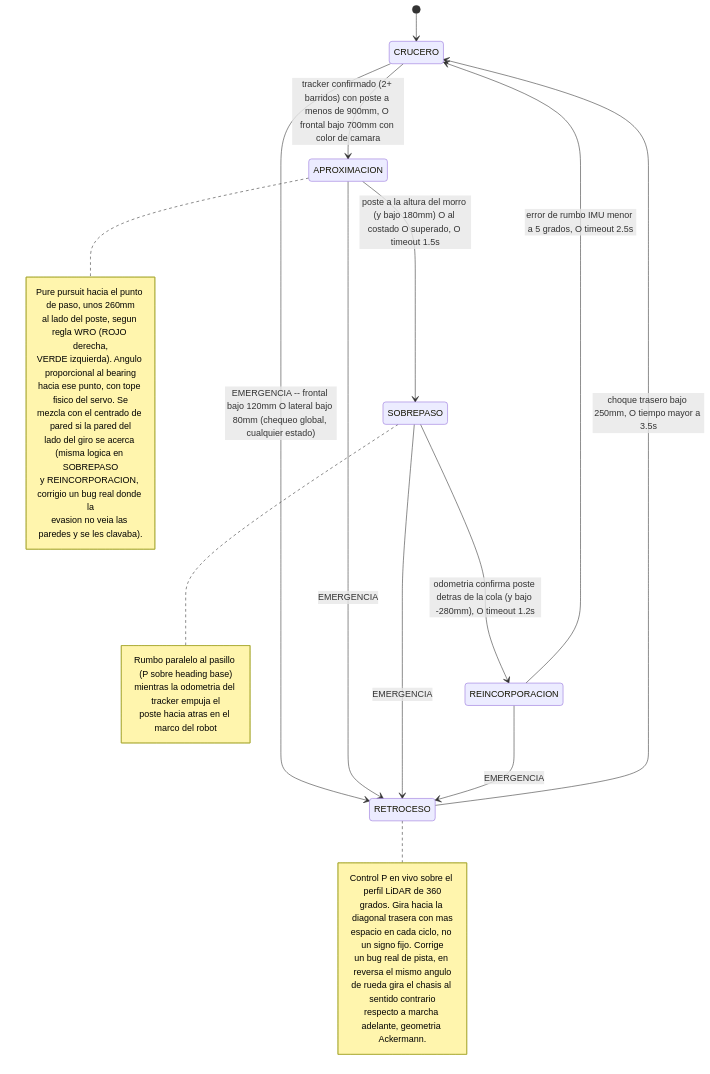
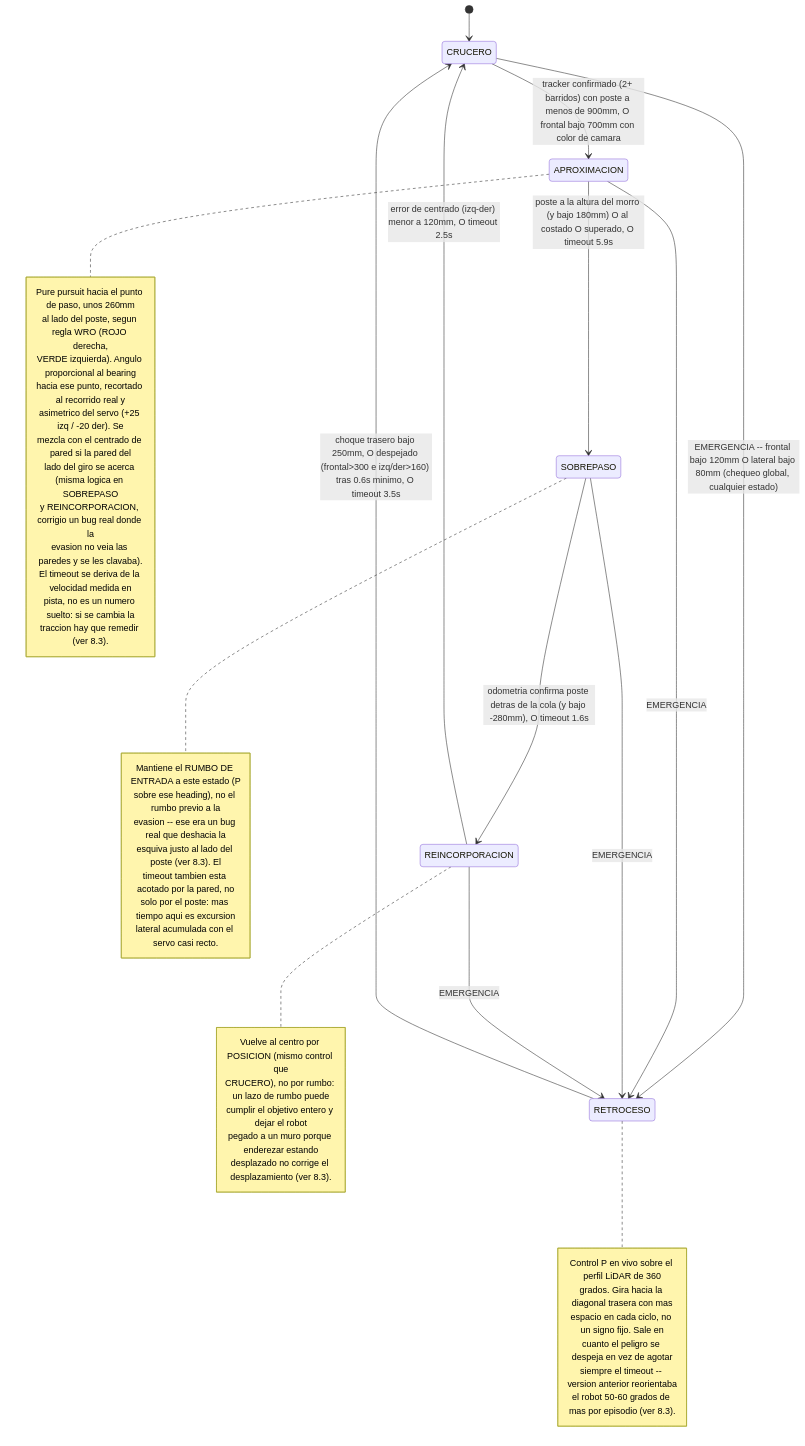
Before and after one commit to Team-Los-Cedros/WRO-FE-26: the third of 4 diagrams in README.md, drawn with Mermaid. The commit also changed other lines of this file, not shown here.

````diff
--- a/README.md
+++ b/README.md
@@ -418,41 +422,57 @@
 ```mermaid
 stateDiagram-v2
     [*] --> CRUCERO
 
     CRUCERO --> APROXIMACION: tracker confirmado (2+ barridos) con poste a menos de 900mm, O frontal bajo 700mm con color de camara
-    APROXIMACION --> SOBREPASO: poste a la altura del morro (y bajo 180mm) O al costado O superado, O timeout 1.5s
-    SOBREPASO --> REINCORPORACION: odometria confirma poste detras de la cola (y bajo -280mm), O timeout 1.2s
-    REINCORPORACION --> CRUCERO: error de rumbo IMU menor a 5 grados, O timeout 2.5s
+    APROXIMACION --> SOBREPASO: poste a la altura del morro (y bajo 180mm) O al costado O superado, O timeout 5.9s
+    SOBREPASO --> REINCORPORACION: odometria confirma poste detras de la cola (y bajo -280mm), O timeout 1.6s
+    REINCORPORACION --> CRUCERO: error de centrado (izq-der) menor a 120mm, O timeout 2.5s
 
     CRUCERO --> RETROCESO: EMERGENCIA -- frontal bajo 120mm O lateral bajo 80mm (chequeo global, cualquier estado)
     APROXIMACION --> RETROCESO: EMERGENCIA
     SOBREPASO --> RETROCESO: EMERGENCIA
     REINCORPORACION --> RETROCESO: EMERGENCIA
-    RETROCESO --> CRUCERO: choque trasero bajo 250mm, O tiempo mayor a 3.5s
+    RETROCESO --> CRUCERO: choque trasero bajo 250mm, O despejado (frontal>300 e izq/der>160) tras 0.6s minimo, O timeout 3.5s
 
     note right of APROXIMACION
         Pure pursuit hacia el punto de paso, unos 260mm
         al lado del poste, segun regla WRO (ROJO derecha,
         VERDE izquierda). Angulo proporcional al bearing
-        hacia ese punto, con tope fisico del servo. Se
+        hacia ese punto, recortado al recorrido real y
+        asimetrico del servo (+25 izq / -20 der). Se
         mezcla con el centrado de pared si la pared del
         lado del giro se acerca (misma logica en SOBREPASO
         y REINCORPORACION, corrigio un bug real donde la
         evasion no veia las paredes y se les clavaba).
+        El timeout se deriva de la velocidad medida en
+        pista, no es un numero suelto: si se cambia la
+        traccion hay que remedir (ver 8.3).
     end note
 
     note right of SOBREPASO
-        Rumbo paralelo al pasillo (P sobre heading base)
-        mientras la odometria del tracker empuja el
-        poste hacia atras en el marco del robot
+        Mantiene el RUMBO DE ENTRADA a este estado (P
+        sobre ese heading), no el rumbo previo a la
+        evasion -- ese era un bug real que deshacia la
+        esquiva justo al lado del poste (ver 8.3). El
+        timeout tambien esta acotado por la pared, no
+        solo por el poste: mas tiempo aqui es excursion
+        lateral acumulada con el servo casi recto.
+    end note
+
+    note right of REINCORPORACION
+        Vuelve al centro por POSICION (mismo control que
+        CRUCERO), no por rumbo: un lazo de rumbo puede
+        cumplir el objetivo entero y dejar el robot
+        pegado a un muro porque enderezar estando
+        desplazado no corrige el desplazamiento (ver 8.3).
     end note
 
     note right of RETROCESO
         Control P en vivo sobre el perfil LiDAR de 360
         grados. Gira hacia la diagonal trasera con mas
-        espacio en cada ciclo, no un signo fijo. Corrige
-        un bug real de pista, en reversa el mismo angulo
-        de rueda gira el chasis al sentido contrario
-        respecto a marcha adelante, geometria Ackermann.
+        espacio en cada ciclo, no un signo fijo. Sale en
+        cuanto el peligro se despeja en vez de agotar
+        siempre el timeout -- version anterior reorientaba
+        el robot 50-60 grados de mas por episodio (ver 8.3).
     end note
 ```
````
